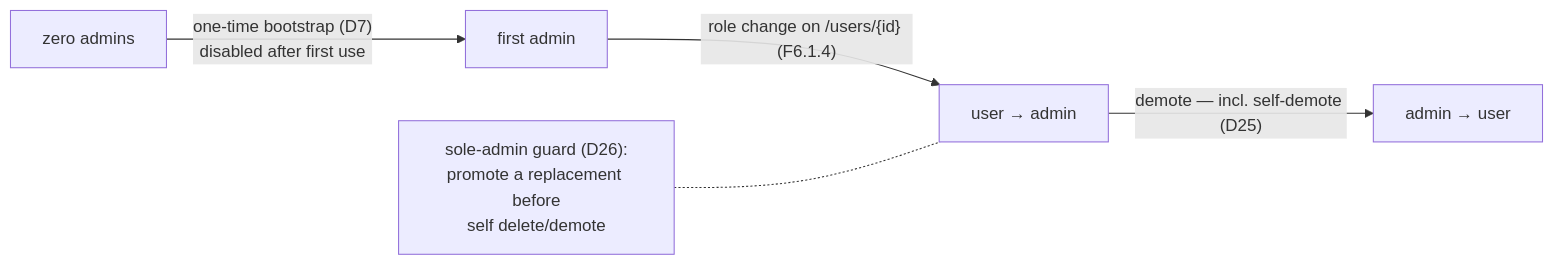
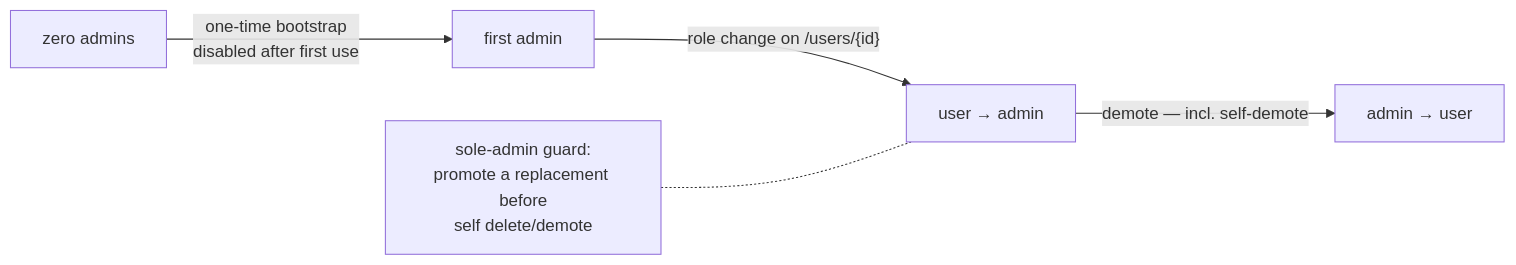
The eighth of 9 diagrams in docs/d2-design.md (AY2627S1-CS3219-P23/foc), drawn with Mermaid before and after one commit. The commit also changed other lines of this file and 2 other files, not shown here.

````diff
--- a/docs/d2-design.md
+++ b/docs/d2-design.md
@@ -362,7 +325,7 @@
 ```mermaid
 flowchart LR
-    Z["zero admins"] -->|"one-time bootstrap (D7)<br/>disabled after first use"| FA["first admin"]
-    FA -->|"role change on /users/{id} (F6.1.4)"| PR["user → admin"]
-    PR -->|"demote — incl. self-demote (D25)"| DM["admin → user"]
-    G["sole-admin guard (D26):<br/>promote a replacement before<br/>self delete/demote"] -.- PR
+    Z["zero admins"] -->|"one-time bootstrap<br/>disabled after first use"| FA["first admin"]
+    FA -->|"role change on /users/{id}"| PR["user → admin"]
+    PR -->|"demote — incl. self-demote"| DM["admin → user"]
+    G["sole-admin guard:<br/>promote a replacement before<br/>self delete/demote"] -.- PR
 ```
````
